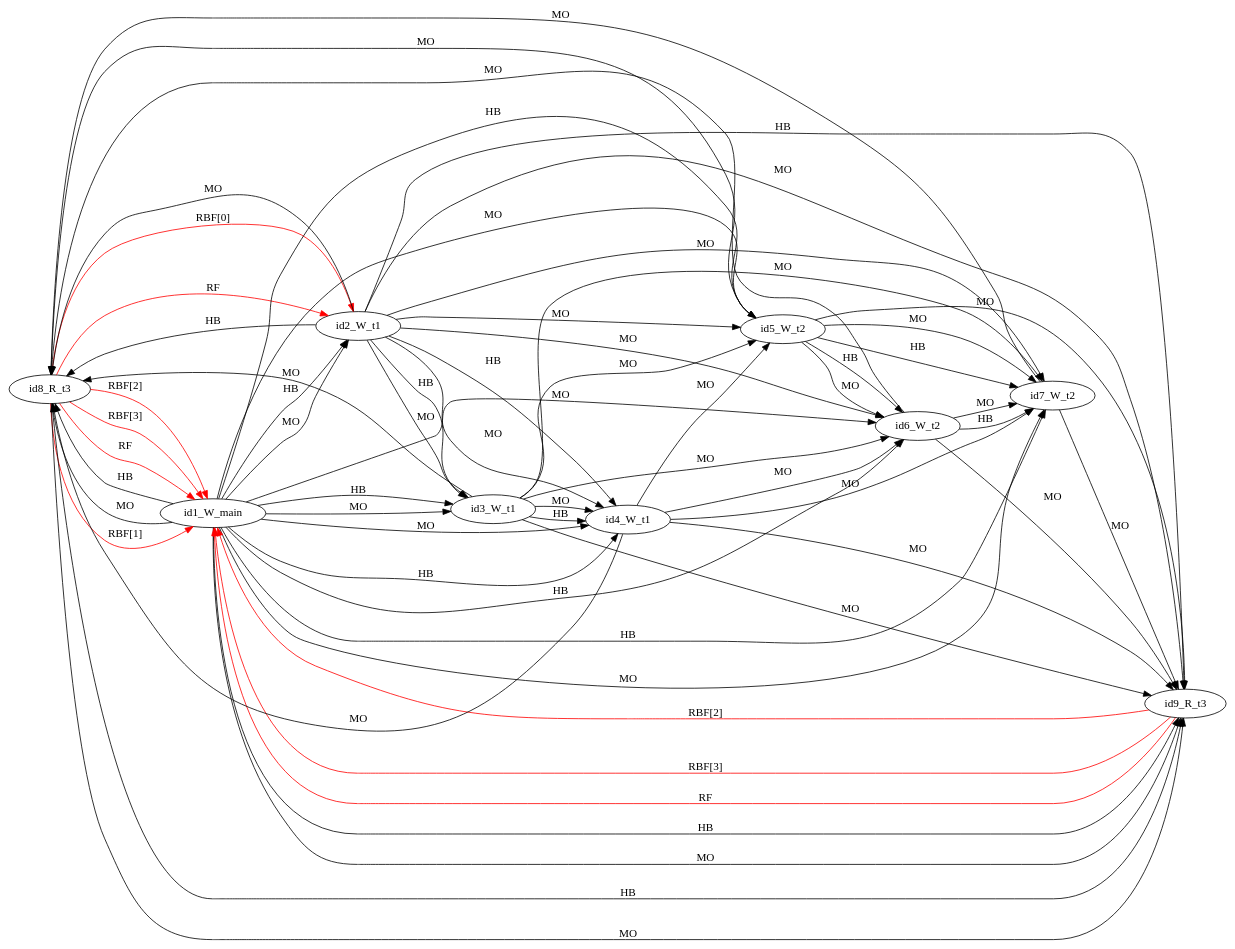
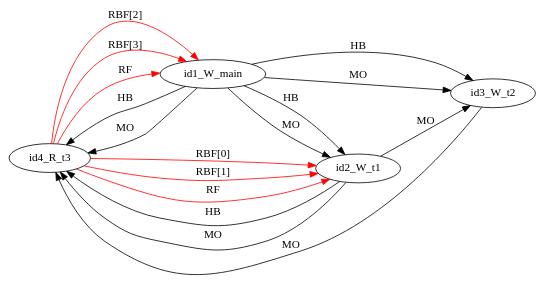
The diagram in examples/single_var/sv_simple08/mm2.dot (FMJS/EMME), drawn with Graphviz before and after one commit. The commit also changed 357 other files, not shown here.

```diff
--- a/examples/single_var/sv_simple08/mm2.dot
+++ b/examples/single_var/sv_simple08/mm2.dot
@@ -1,65 +1,19 @@
 digraph memory_model {
 rankdir=LR;
-id8_R_t3 -> id1_W_main [label = "RBF[1]", color="red"];
-id8_R_t3 -> id1_W_main [label = "RBF[2]", color="red"];
-id8_R_t3 -> id1_W_main [label = "RBF[3]", color="red"];
-id8_R_t3 -> id2_W_t1 [label = "RBF[0]", color="red"];
-id9_R_t3 -> id1_W_main [label = "RBF[2]", color="red"];
-id9_R_t3 -> id1_W_main [label = "RBF[3]", color="red"];
-id8_R_t3 -> id1_W_main [label = "RF", color="red"];
-id8_R_t3 -> id2_W_t1 [label = "RF", color="red"];
-id9_R_t3 -> id1_W_main [label = "RF", color="red"];
-id2_W_t1 -> id3_W_t1 [label = "HB", color="black"];
-id2_W_t1 -> id4_W_t1 [label = "HB", color="black"];
-id3_W_t1 -> id4_W_t1 [label = "HB", color="black"];
-id5_W_t2 -> id6_W_t2 [label = "HB", color="black"];
-id5_W_t2 -> id7_W_t2 [label = "HB", color="black"];
-id6_W_t2 -> id7_W_t2 [label = "HB", color="black"];
-id8_R_t3 -> id9_R_t3 [label = "HB", color="black"];
+id4_R_t3 -> id1_W_main [label = "RBF[2]", color="red"];
+id4_R_t3 -> id1_W_main [label = "RBF[3]", color="red"];
+id4_R_t3 -> id2_W_t1 [label = "RBF[0]", color="red"];
+id4_R_t3 -> id2_W_t1 [label = "RBF[1]", color="red"];
+id4_R_t3 -> id1_W_main [label = "RF", color="red"];
+id4_R_t3 -> id2_W_t1 [label = "RF", color="red"];
 id1_W_main -> id2_W_t1 [label = "HB", color="black"];
-id1_W_main -> id3_W_t1 [label = "HB", color="black"];
-id1_W_main -> id4_W_t1 [label = "HB", color="black"];
-id1_W_main -> id5_W_t2 [label = "HB", color="black"];
-id1_W_main -> id6_W_t2 [label = "HB", color="black"];
-id1_W_main -> id7_W_t2 [label = "HB", color="black"];
-id1_W_main -> id8_R_t3 [label = "HB", color="black"];
-id1_W_main -> id9_R_t3 [label = "HB", color="black"];
-id2_W_t1 -> id8_R_t3 [label = "HB", color="black"];
-id2_W_t1 -> id9_R_t3 [label = "HB", color="black"];
-id2_W_t1 -> id3_W_t1 [label = "MO", color="black"];
-id2_W_t1 -> id4_W_t1 [label = "MO", color="black"];
-id3_W_t1 -> id4_W_t1 [label = "MO", color="black"];
-id5_W_t2 -> id6_W_t2 [label = "MO", color="black"];
-id5_W_t2 -> id7_W_t2 [label = "MO", color="black"];
-id6_W_t2 -> id7_W_t2 [label = "MO", color="black"];
-id8_R_t3 -> id9_R_t3 [label = "MO", color="black"];
+id1_W_main -> id3_W_t2 [label = "HB", color="black"];
+id1_W_main -> id4_R_t3 [label = "HB", color="black"];
+id2_W_t1 -> id4_R_t3 [label = "HB", color="black"];
 id1_W_main -> id2_W_t1 [label = "MO", color="black"];
-id1_W_main -> id3_W_t1 [label = "MO", color="black"];
-id1_W_main -> id4_W_t1 [label = "MO", color="black"];
-id1_W_main -> id5_W_t2 [label = "MO", color="black"];
-id1_W_main -> id6_W_t2 [label = "MO", color="black"];
-id1_W_main -> id7_W_t2 [label = "MO", color="black"];
-id1_W_main -> id8_R_t3 [label = "MO", color="black"];
-id1_W_main -> id9_R_t3 [label = "MO", color="black"];
-id2_W_t1 -> id5_W_t2 [label = "MO", color="black"];
-id2_W_t1 -> id6_W_t2 [label = "MO", color="black"];
-id2_W_t1 -> id7_W_t2 [label = "MO", color="black"];
-id2_W_t1 -> id8_R_t3 [label = "MO", color="black"];
-id2_W_t1 -> id9_R_t3 [label = "MO", color="black"];
-id3_W_t1 -> id5_W_t2 [label = "MO", color="black"];
-id3_W_t1 -> id6_W_t2 [label = "MO", color="black"];
-id3_W_t1 -> id7_W_t2 [label = "MO", color="black"];
-id3_W_t1 -> id8_R_t3 [label = "MO", color="black"];
-id3_W_t1 -> id9_R_t3 [label = "MO", color="black"];
-id4_W_t1 -> id5_W_t2 [label = "MO", color="black"];
-id4_W_t1 -> id6_W_t2 [label = "MO", color="black"];
-id4_W_t1 -> id7_W_t2 [label = "MO", color="black"];
-id4_W_t1 -> id8_R_t3 [label = "MO", color="black"];
-id4_W_t1 -> id9_R_t3 [label = "MO", color="black"];
-id5_W_t2 -> id8_R_t3 [label = "MO", color="black"];
-id5_W_t2 -> id9_R_t3 [label = "MO", color="black"];
-id6_W_t2 -> id8_R_t3 [label = "MO", color="black"];
-id6_W_t2 -> id9_R_t3 [label = "MO", color="black"];
-id7_W_t2 -> id8_R_t3 [label = "MO", color="black"];
-id7_W_t2 -> id9_R_t3 [label = "MO", color="black"];
+id1_W_main -> id3_W_t2 [label = "MO", color="black"];
+id1_W_main -> id4_R_t3 [label = "MO", color="black"];
+id2_W_t1 -> id3_W_t2 [label = "MO", color="black"];
+id2_W_t1 -> id4_R_t3 [label = "MO", color="black"];
+id3_W_t2 -> id4_R_t3 [label = "MO", color="black"];
 }
```
